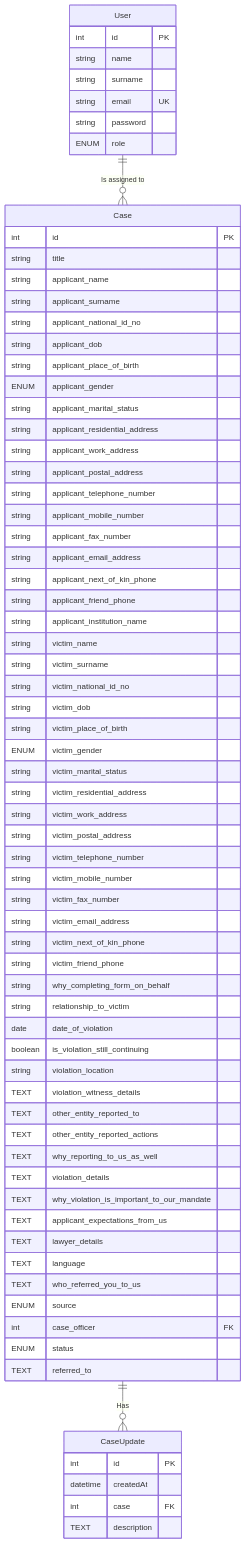
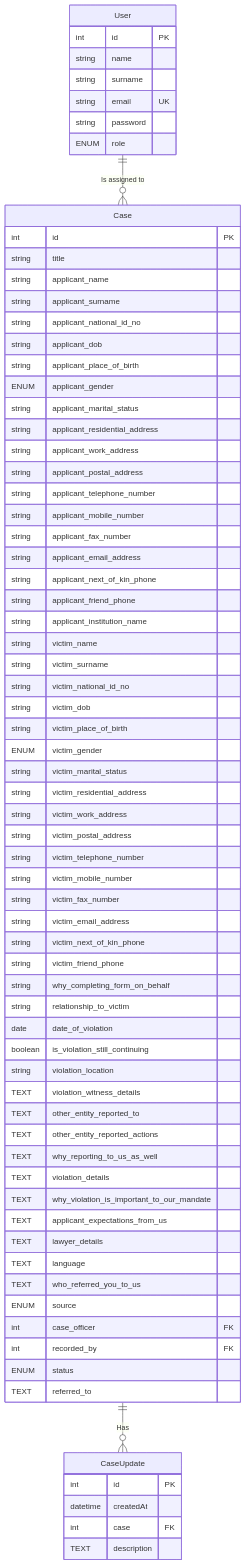
Before and after one commit to hilaar28/zgc-case-management: the diagram in design/ERD.md, drawn with Mermaid. The commit also changed 2 other files, not shown here.

Commit message:
added field recorded_by to Case

```diff
--- a/design/ERD.md
+++ b/design/ERD.md
@@ -67,6 +67,7 @@
 
       ENUM source
       int case_officer FK
+      int recorded_by FK
       ENUM status
       TEXT referred_to
 
```
